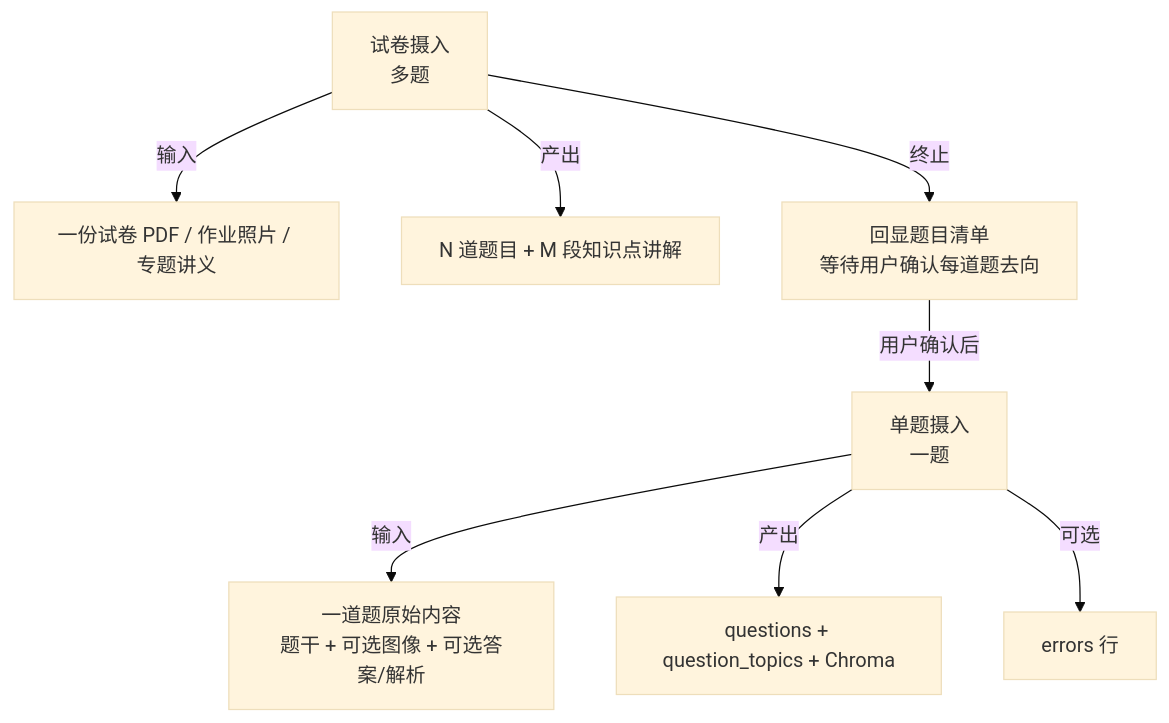
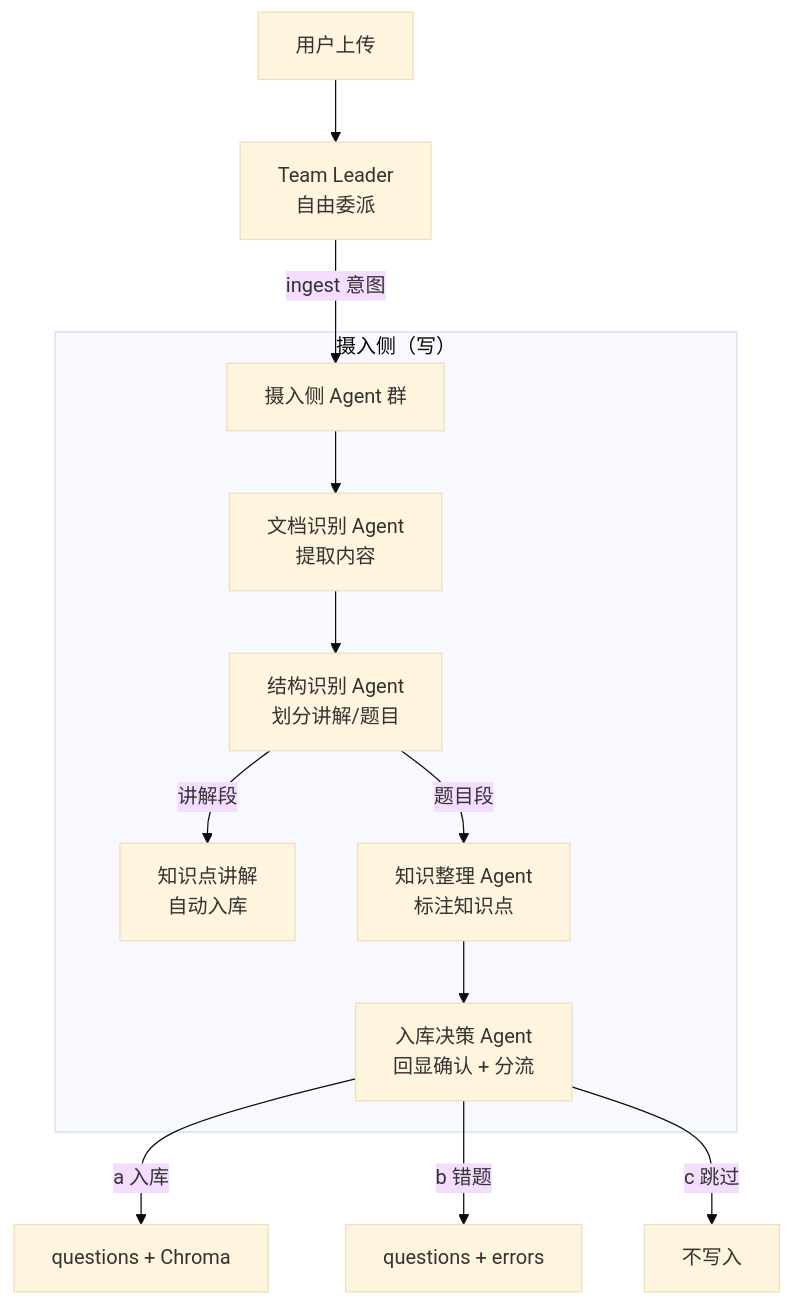
One commit to ttzc/gaokao_rag changed the first of 2 diagrams in docs/ingestion.md. Above: the diagram before and after it, drawn with Mermaid (base theme). The commit also changed other lines of this file, not shown here.

Commit message:
docs: ingestion.md 改为 Agent 协作视角

````diff
--- a/docs/ingestion.md
+++ b/docs/ingestion.md
@@ -11,11 +11,18 @@
 ```mermaid
 flowchart TD
-    A[试卷摄入<br/>多题] -->|输入| A1[一份试卷 PDF / 作业照片 / 专题讲义]
-    A -->|产出| A2[N 道题目 + M 段知识点讲解]
-    A -->|终止| A3[回显题目清单<br/>等待用户确认每道题去向]
+    A[用户上传] --> L[Team Leader<br/>自由委派]
     
-    A3 -->|用户确认后| B[单题摄入<br/>一题]
-    B -->|输入| B1[一道题原始内容<br/>题干 + 可选图像 + 可选答案/解析]
-    B -->|产出| B2[questions + question_topics + Chroma]
-    B -->|可选| B3[errors 行]
+    L -->|ingest 意图| B[摄入侧 Agent 群]
+    
+    subgraph "摄入侧（写）"
+        B --> B1[文档识别 Agent<br/>提取内容]
+        B1 --> B2[结构识别 Agent<br/>划分讲解/题目]
+        B2 -->|讲解段| B2a[知识点讲解<br/>自动入库]
+        B2 -->|题目段| B3[知识整理 Agent<br/>标注知识点]
+        B3 --> B4[入库决策 Agent<br/>回显确认 + 分流]
+    end
+    
+    B4 -->|a 入库| C[questions + Chroma]
+    B4 -->|b 错题| D[questions + errors]
+    B4 -->|c 跳过| E[不写入]
 ```
````
